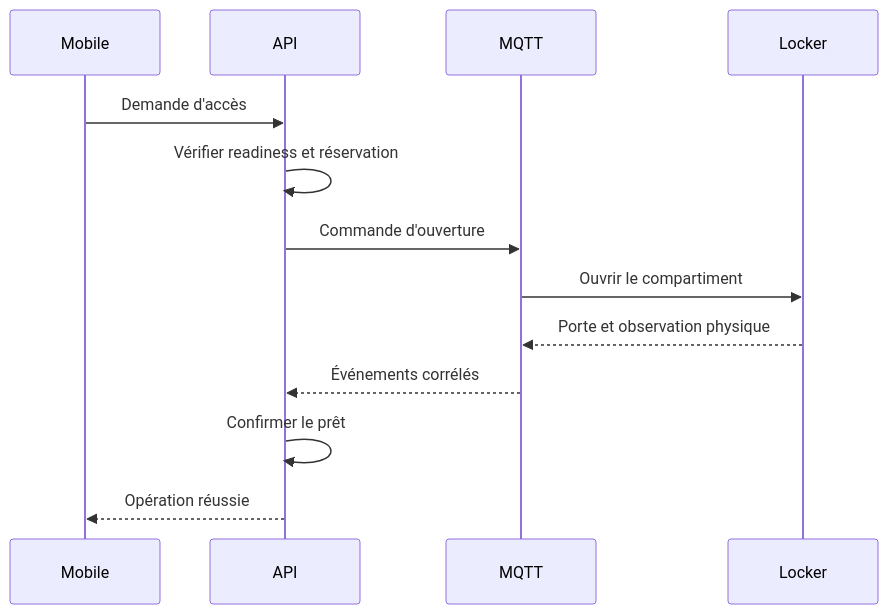
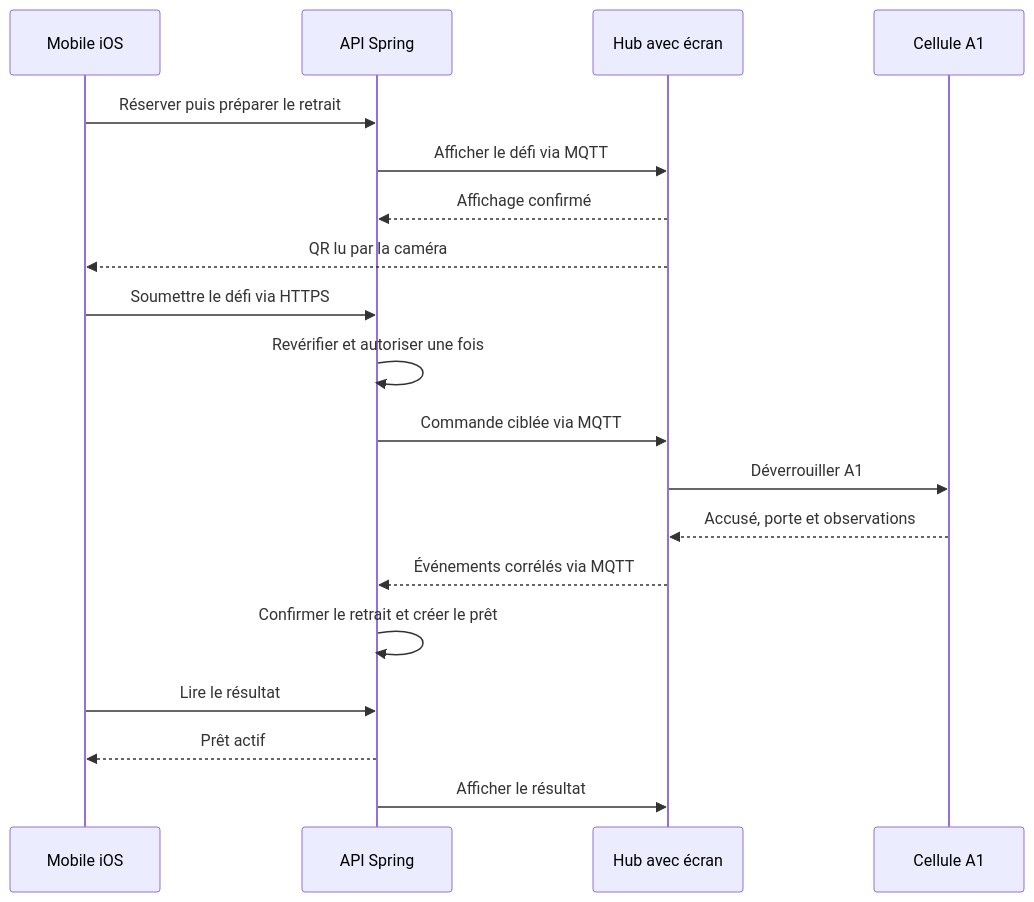
The first of 2 diagrams in README.md (PhilJordan18/aegis), drawn with Mermaid before and after one commit. The commit also changed other lines of this file, not shown here.

````diff
--- a/README.md
+++ b/README.md
@@ -247,15 +34,21 @@
 ```mermaid
 sequenceDiagram
-    participant M as Mobile
-    participant A as API
-    participant B as MQTT
-    participant L as Locker
-    M->>A: Demande d'accès
-    A->>A: Vérifier readiness et réservation
-    A->>B: Commande d'ouverture
-    B->>L: Ouvrir le compartiment
-    L-->>B: Porte et observation physique
-    B-->>A: Événements corrélés
-    A->>A: Confirmer le prêt
-    A-->>M: Opération réussie
+    participant M as Mobile iOS
+    participant A as API Spring
+    participant H as Hub avec écran
+    participant C as Cellule A1
+    M->>A: Réserver puis préparer le retrait
+    A->>H: Afficher le défi via MQTT
+    H-->>A: Affichage confirmé
+    H-->>M: QR lu par la caméra
+    M->>A: Soumettre le défi via HTTPS
+    A->>A: Revérifier et autoriser une fois
+    A->>H: Commande ciblée via MQTT
+    H->>C: Déverrouiller A1
+    C-->>H: Accusé, porte et observations
+    H-->>A: Événements corrélés via MQTT
+    A->>A: Confirmer le retrait et créer le prêt
+    M->>A: Lire le résultat
+    A-->>M: Prêt actif
+    A->>H: Afficher le résultat
 ```
````
